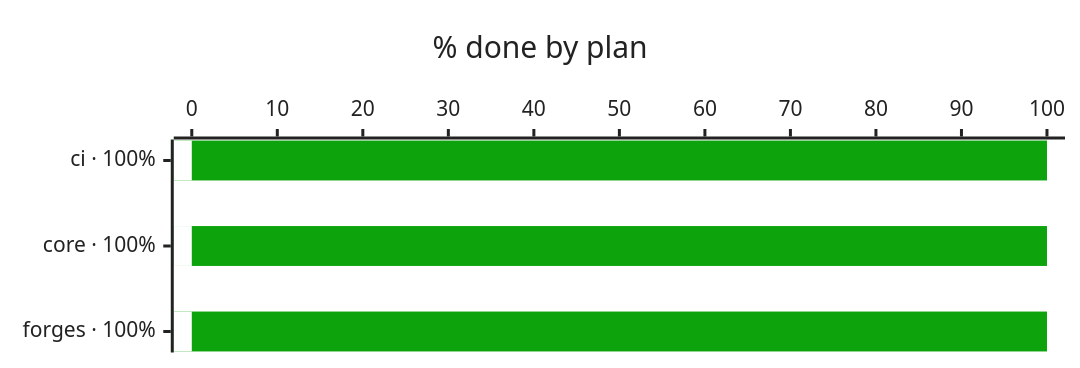
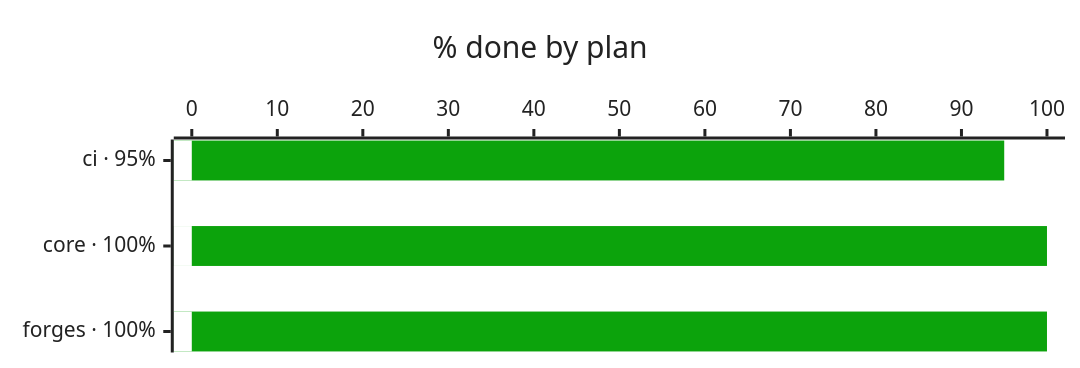
The third of 5 diagrams in README.md (bvraghav/pmtrack), drawn with Mermaid before and after one commit. The commit also changed other lines of this file and 4 other files, not shown here.

````diff
--- a/README.md
+++ b/README.md
@@ -30,9 +31,9 @@
 ```mermaid
 %%{init: {"themeVariables": {"xyChart": {"backgroundColor": "#ffffff", "titleColor": "#222222", "plotColorPalette": "#0ca30c,#ffffff", "xAxisLabelColor": "#222222", "xAxisTitleColor": "#222222", "xAxisTickColor": "#222222", "xAxisLineColor": "#222222", "yAxisLabelColor": "#222222", "yAxisTitleColor": "#222222", "yAxisTickColor": "#222222", "yAxisLineColor": "#222222"}}, "xyChart": {"height": 225}}}%%
 xychart-beta horizontal
   title "% done by plan"
-  x-axis ["ci · 100%", "core · 100%", "forges · 100%"]
+  x-axis ["ci · 95%", "core · 100%", "forges · 100%"]
   y-axis "% done" 0 --> 100
-  bar [100, 100, 100]
+  bar [95, 100, 100]
   bar [0, 0, 0]
 ```
````
